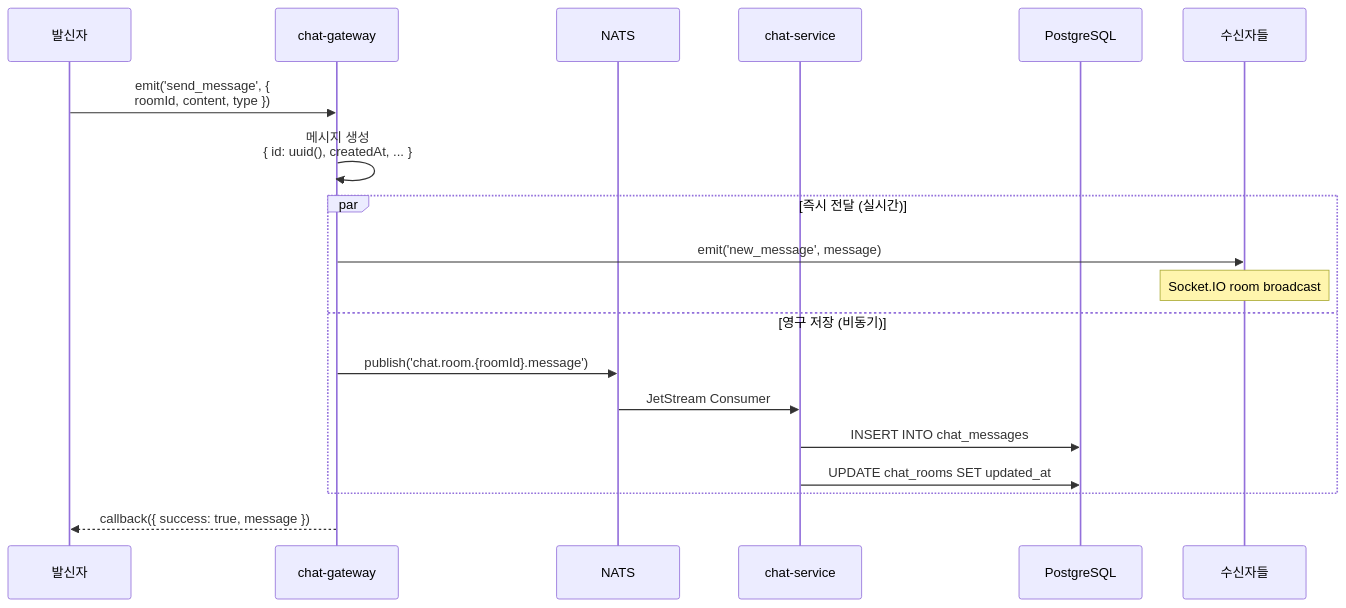
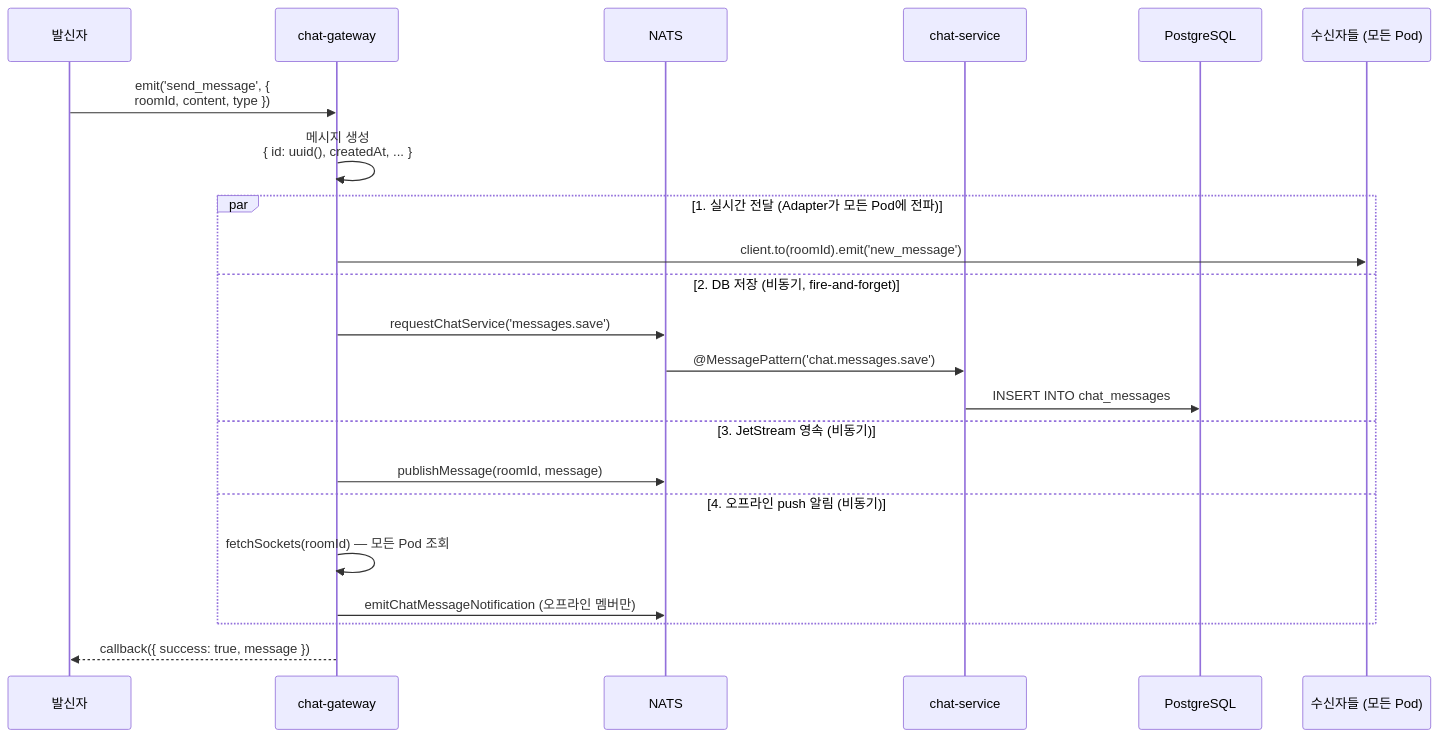
Before and after one commit to uniyous/parkgolf-platform: the ninth of 28 diagrams in docs/CHAT_WORKFLOW.md, drawn with Mermaid. The commit also changed other lines of this file, not shown here.

Commit message:
docs(chat): CHAT_WORKFLOW.md 멀티 레플리카 아키텍처 반영 최신화

````diff
--- a/docs/CHAT_WORKFLOW.md
+++ b/docs/CHAT_WORKFLOW.md
@@ -218,25 +287,28 @@
 ```mermaid
 sequenceDiagram
     participant Sender as 발신자
     participant Gateway as chat-gateway
     participant NATS
     participant Service as chat-service
     participant DB as PostgreSQL
-    participant Receivers as 수신자들
+    participant Receivers as 수신자들 (모든 Pod)
 
     Sender->>Gateway: emit('send_message', {<br/>roomId, content, type })
 
     Gateway->>Gateway: 메시지 생성<br/>{ id: uuid(), createdAt, ... }
 
-    par 즉시 전달 (실시간)
-        Gateway->>Receivers: emit('new_message', message)
-        Note over Receivers: Socket.IO room broadcast
-    and 영구 저장 (비동기)
-        Gateway->>NATS: publish('chat.room.{roomId}.message')
-        NATS->>Service: JetStream Consumer
+    par 1. 실시간 전달 (Adapter가 모든 Pod에 전파)
+        Gateway->>Receivers: client.to(roomId).emit('new_message')
+    and 2. DB 저장 (비동기, fire-and-forget)
+        Gateway->>NATS: requestChatService('messages.save')
+        NATS->>Service: @MessagePattern('chat.messages.save')
         Service->>DB: INSERT INTO chat_messages
-        Service->>DB: UPDATE chat_rooms SET updated_at
+    and 3. JetStream 영속 (비동기)
+        Gateway->>NATS: publishMessage(roomId, message)
+    and 4. 오프라인 push 알림 (비동기)
+        Gateway->>Gateway: fetchSockets(roomId) — 모든 Pod 조회
+        Gateway->>NATS: emitChatMessageNotification (오프라인 멤버만)
     end
 
     Gateway-->>Sender: callback({ success: true, message })
 ```
````
